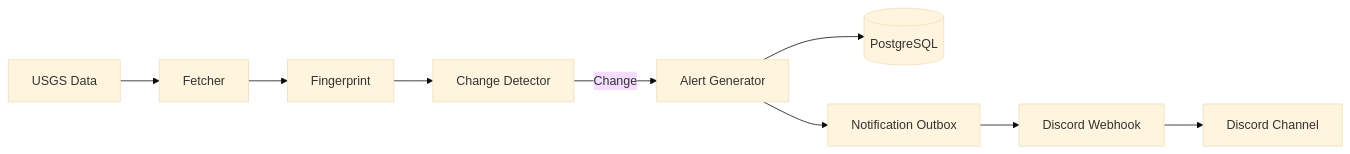
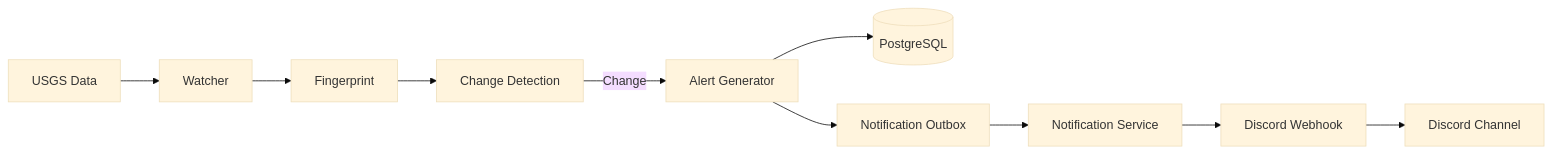
Before and after one commit to bhatinator/open-data-change-detector: the fifth of 6 diagrams in README.md, drawn with Mermaid (base theme). The commit also changed other lines of this file, not shown here.

````diff
--- a/README.md
+++ b/README.md
@@ -598,19 +522,12 @@
 ```mermaid
 flowchart LR
-
-    A[USGS Data] --> B[Fetcher]
-
+    A[USGS Data] --> B[Watcher]
     B --> C[Fingerprint]
-
-    C --> D[Change Detector]
-
+    C --> D[Change Detection]
     D -->|Change| E[Alert Generator]
-
     E --> F[(PostgreSQL)]
-
     E --> G[Notification Outbox]
-
-    G --> H[Discord Webhook]
-
-    H --> I[Discord Channel]
+    G --> H[Notification Service]
+    H --> I[Discord Webhook]
+    I --> J[Discord Channel]
 ```
````
